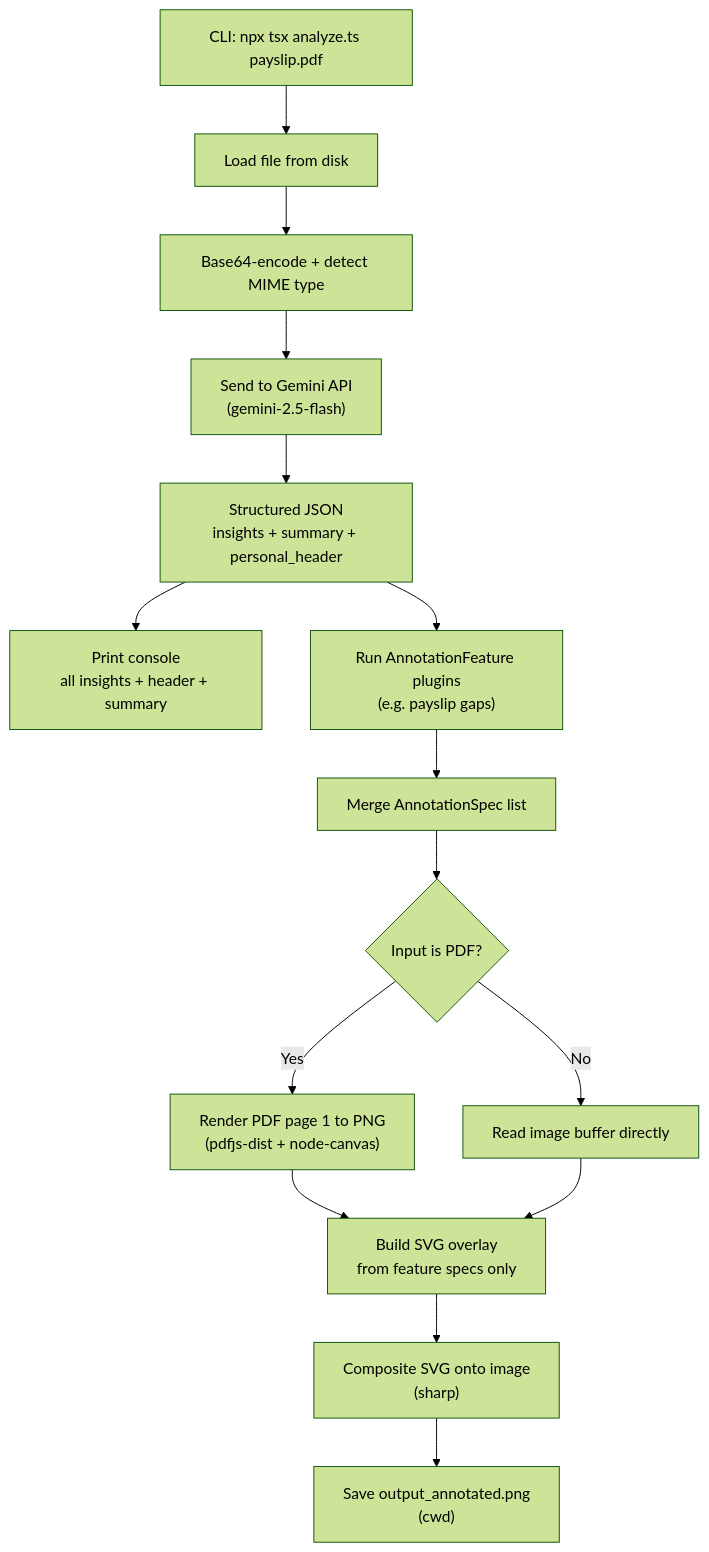
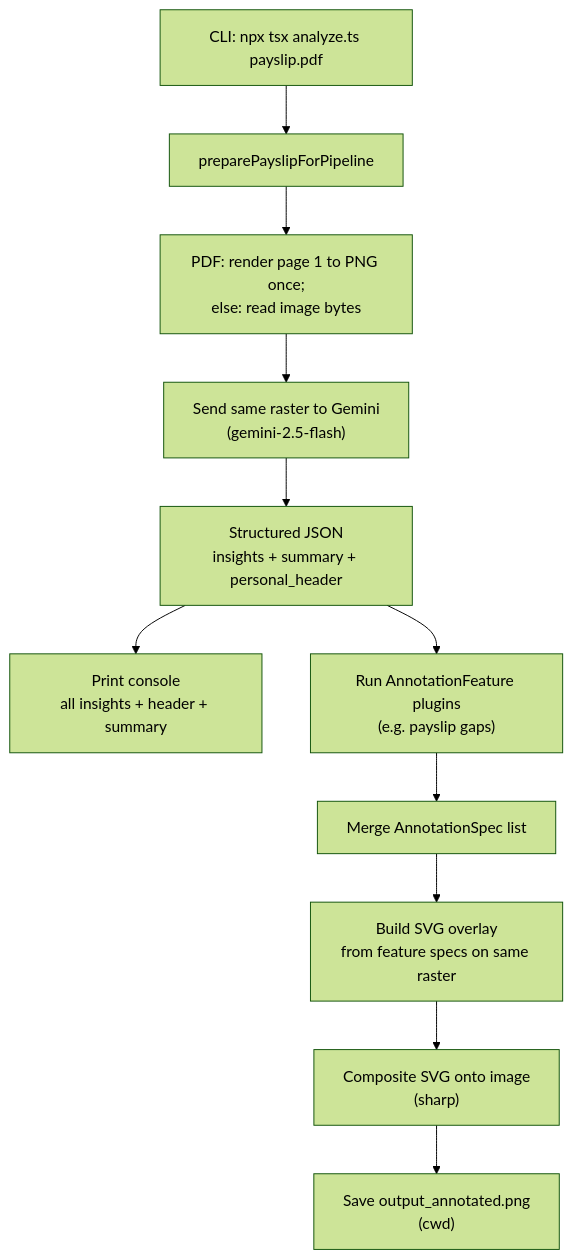
Before and after one commit to lirantal/payslip-analyzer: the diagram in docs/project.md, drawn with Mermaid (forest theme). The commit also changed other lines of this file and 20 other files, not shown here.

Commit message:
feat: refactor to new architecture supporting "plugins" of features and new bounding box architecture

````diff
--- a/docs/project.md
+++ b/docs/project.md
@@ -61,17 +65,13 @@
 ```mermaid
 flowchart TD
-    A["CLI: npx tsx analyze.ts payslip.pdf"] --> B["Load file from disk"]
-    B --> C["Base64-encode + detect MIME type"]
-    C --> D["Send to Gemini API\n(gemini-2.5-flash)"]
+    A["CLI: npx tsx analyze.ts payslip.pdf"] --> B["preparePayslipForPipeline"]
+    B --> C["PDF: render page 1 to PNG once;\nelse: read image bytes"]
+    C --> D["Send same raster to Gemini\n(gemini-2.5-flash)"]
     D --> E["Structured JSON\ninsights + summary + personal_header"]
     E --> F["Print console\nall insights + header + summary"]
     E --> M["Run AnnotationFeature plugins\n(e.g. payslip gaps)"]
     M --> N["Merge AnnotationSpec list"]
-    N --> G{"Input is PDF?"}
-    G -- Yes --> H["Render PDF page 1 to PNG\n(pdfjs-dist + node-canvas)"]
-    G -- No --> I["Read image buffer directly"]
-    H --> J["Build SVG overlay\nfrom feature specs only"]
-    I --> J
+    N --> J["Build SVG overlay\nfrom feature specs on same raster"]
     J --> K["Composite SVG onto image\n(sharp)"]
     K --> L["Save output_annotated.png\n(cwd)"]
 ```
````
